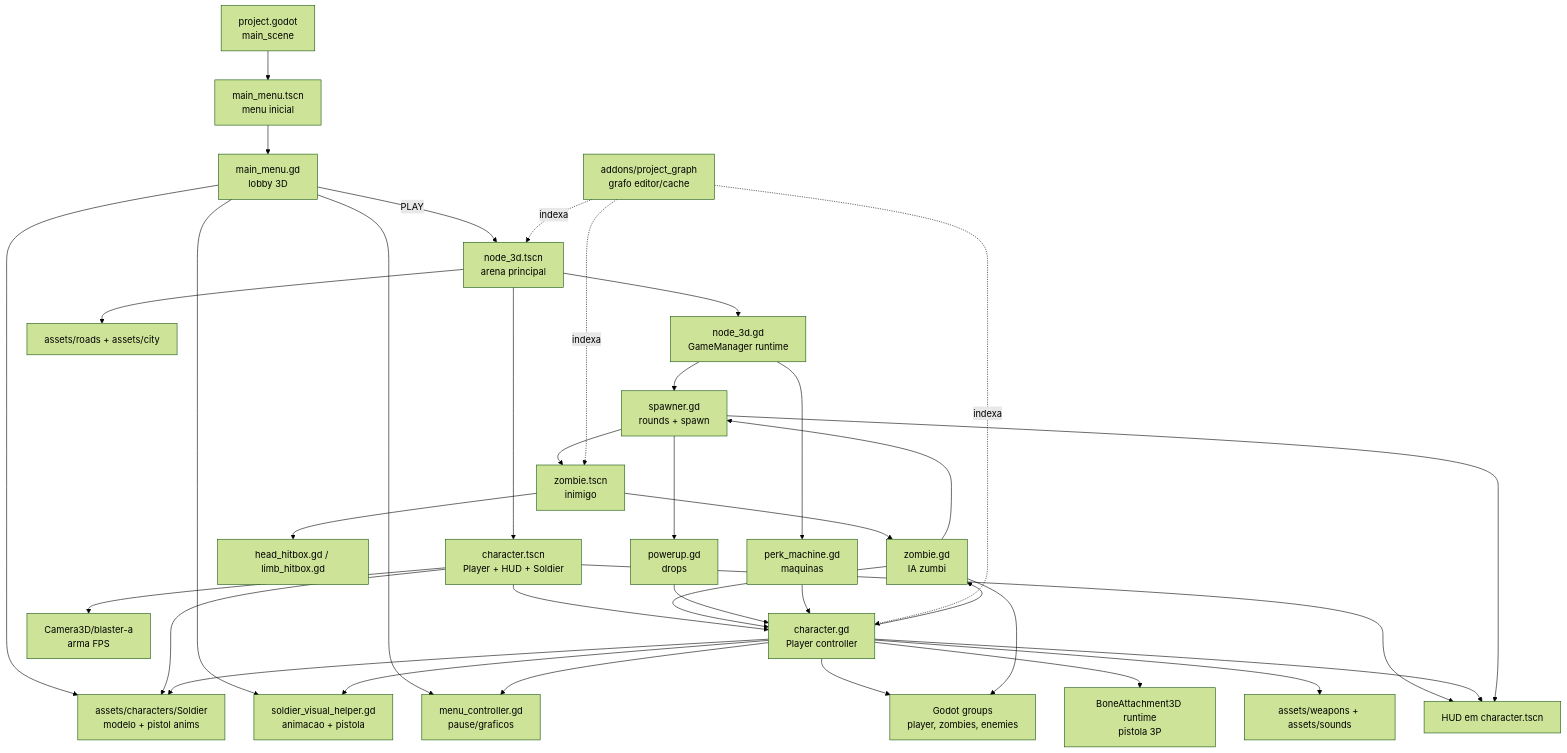
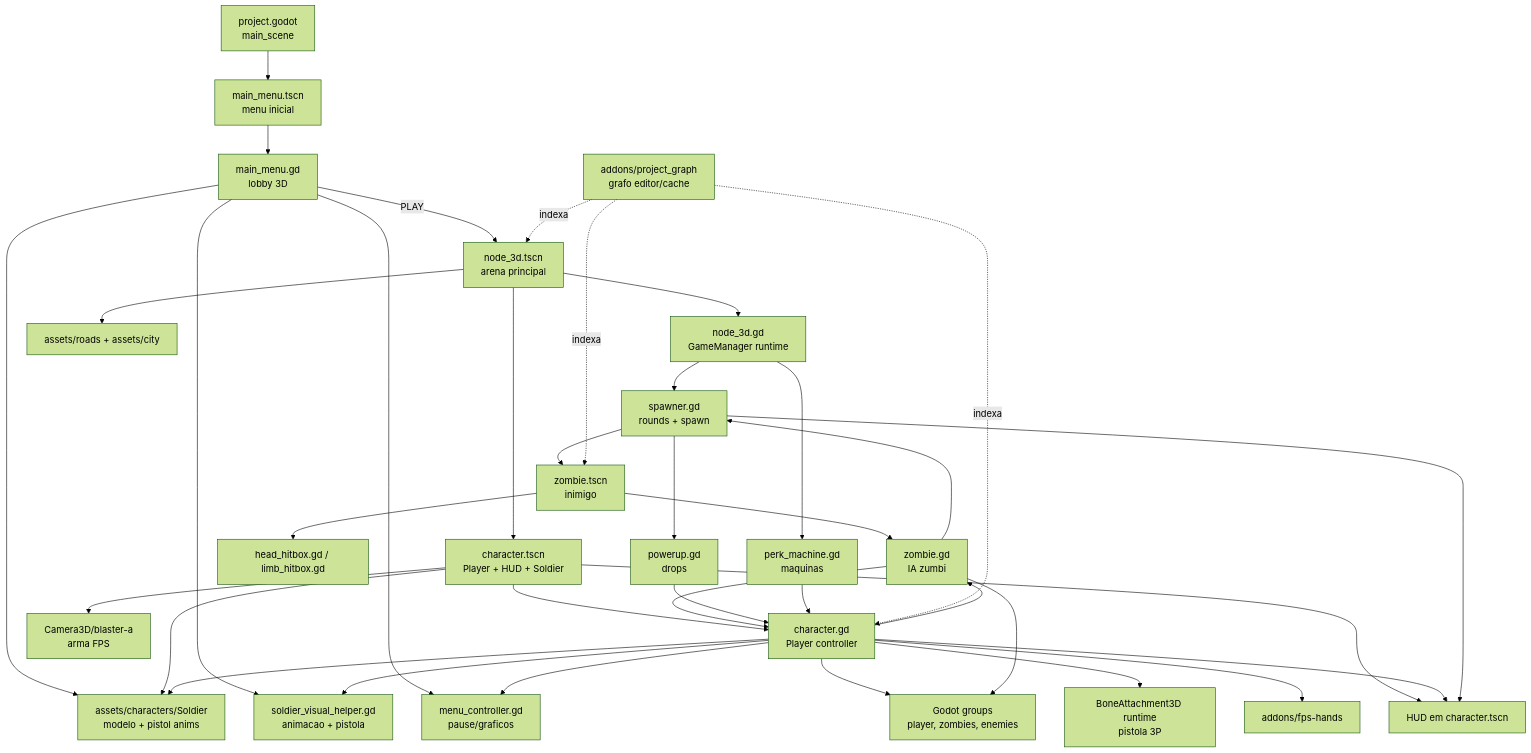
One commit to carlosvidal87/outbreak-protocol-pampa changed the first of 4 diagrams in docs/concept_graph.md. Above: the diagram before and after it, drawn with Mermaid (forest theme). The commit also changed other lines of this file and 877 other files, not shown here.

````diff
--- a/docs/concept_graph.md
+++ b/docs/concept_graph.md
@@ -60,63 +60,63 @@
 ```mermaid
 graph TD
     Project["project.godot<br/>main_scene"]
     MainMenuScene["main_menu.tscn<br/>menu inicial"]
     MainMenu["main_menu.gd<br/>lobby 3D"]
     MainScene["node_3d.tscn<br/>arena principal"]
     GameManager["node_3d.gd<br/>GameManager runtime"]
     CharacterScene["character.tscn<br/>Player + HUD + Soldier"]
     Player["character.gd<br/>Player controller"]
     SoldierAssets["assets/characters/Soldier<br/>modelo + pistol anims"]
     FPSWeapon["Camera3D/blaster-a<br/>arma FPS"]
     TPWeapon["BoneAttachment3D runtime<br/>pistola 3P"]
     SoldierHelper["soldier_visual_helper.gd<br/>animacao + pistola"]
     Menu["menu_controller.gd<br/>pause/graficos"]
     Spawner["spawner.gd<br/>rounds + spawn"]
     ZombieScene["zombie.tscn<br/>inimigo"]
     Zombie["zombie.gd<br/>IA zumbi"]
     Hitboxes["head_hitbox.gd / limb_hitbox.gd"]
     Perk["perk_machine.gd<br/>maquinas"]
     Powerup["powerup.gd<br/>drops"]
     HUD["HUD em character.tscn"]
-    WeaponAssets["assets/weapons + assets/sounds"]
+    WeaponAssets["addons/fps-hands"]
     WorldAssets["assets/roads + assets/city"]
     Groups["Godot groups<br/>player, zombies, enemies"]
     GraphAddon["addons/project_graph<br/>grafo editor/cache"]
 
     Project --> MainMenuScene
     MainMenuScene --> MainMenu
     MainMenu --> SoldierAssets
     MainMenu --> SoldierHelper
     MainMenu --> Menu
     MainMenu -->|"PLAY"| MainScene
     MainScene --> GameManager
     MainScene --> CharacterScene
     MainScene --> WorldAssets
     CharacterScene --> Player
     CharacterScene --> SoldierAssets
     CharacterScene --> FPSWeapon
     CharacterScene --> HUD
     Player --> Menu
     Player --> SoldierHelper
     Player --> SoldierAssets
     Player --> TPWeapon
     Player --> WeaponAssets
     Player --> Groups
     Player --> HUD
     Player --> Zombie
     GameManager --> Spawner
     GameManager --> Perk
     Spawner --> ZombieScene
     ZombieScene --> Zombie
     ZombieScene --> Hitboxes
     Zombie --> Groups
     Zombie --> Player
     Zombie --> Spawner
     Spawner --> Powerup
     Powerup --> Player
     Perk --> Player
     Spawner --> HUD
     GraphAddon -. indexa .-> MainScene
     GraphAddon -. indexa .-> Player
     GraphAddon -. indexa .-> ZombieScene
 ```
````
